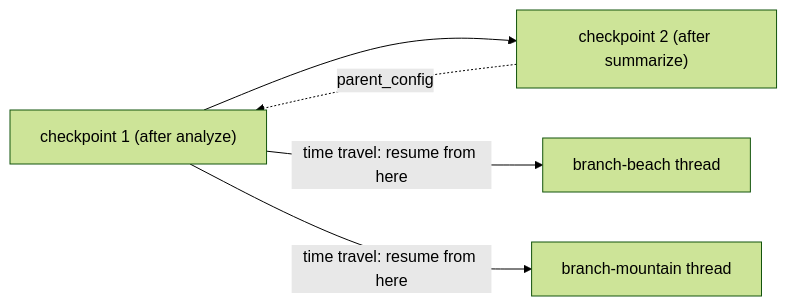
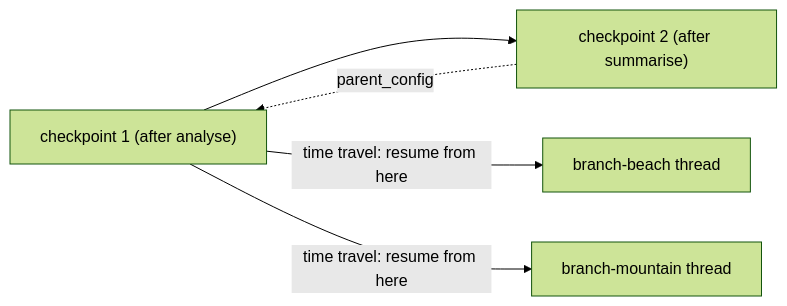
Before and after one commit to Sourav692/Forward-Deployed-Engineer-Interview-Prep: the first of 3 diagrams in 01_Concept_Tutorials/Consolidated_Lessons/T2.5_LangChain_and_LangGraph/06_Checkpoints_Interrupts_and_Human_Approval.md, drawn with Mermaid (forest theme). The commit also changed 191 other files, not shown here.

First line of the commit message:
content: British spellings inside diagrams (AF-06)

````diff
--- a/01_Concept_Tutorials/Consolidated_Lessons/T2.5_LangChain_and_LangGraph/06_Checkpoints_Interrupts_and_Human_Approval.md
+++ b/01_Concept_Tutorials/Consolidated_Lessons/T2.5_LangChain_and_LangGraph/06_Checkpoints_Interrupts_and_Human_Approval.md
@@ -51,7 +51,7 @@
 ```mermaid
 flowchart LR
-    C1["checkpoint 1 (after analyze)"] --> C2["checkpoint 2 (after summarize)"]
+    C1["checkpoint 1 (after analyse)"] --> C2["checkpoint 2 (after summarise)"]
     C2 -.->|"parent_config"| C1
     C1 -->|"time travel: resume from here"| BR["branch-beach thread"]
     C1 -->|"time travel: resume from here"| BM["branch-mountain thread"]
 ```
````
